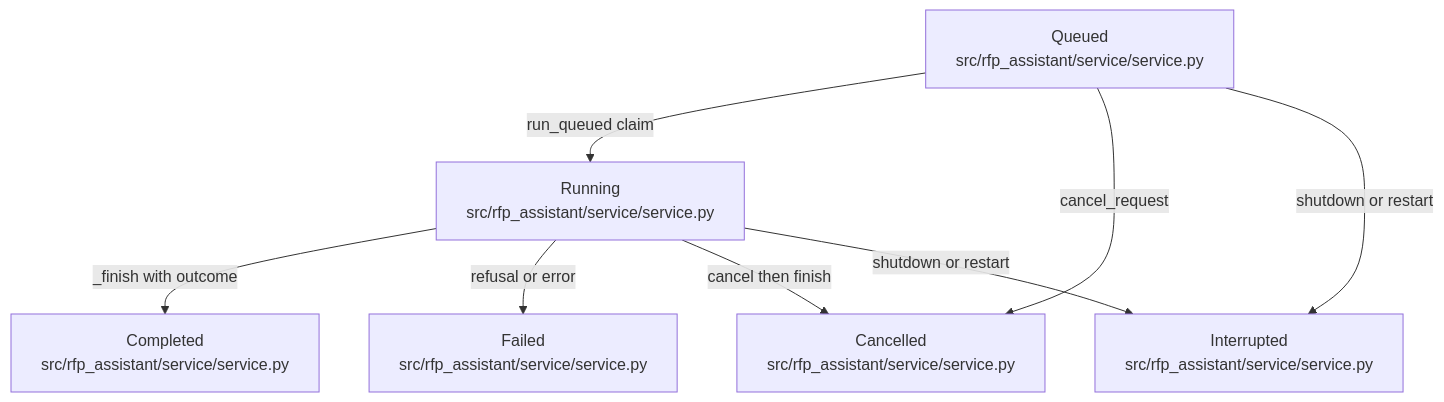
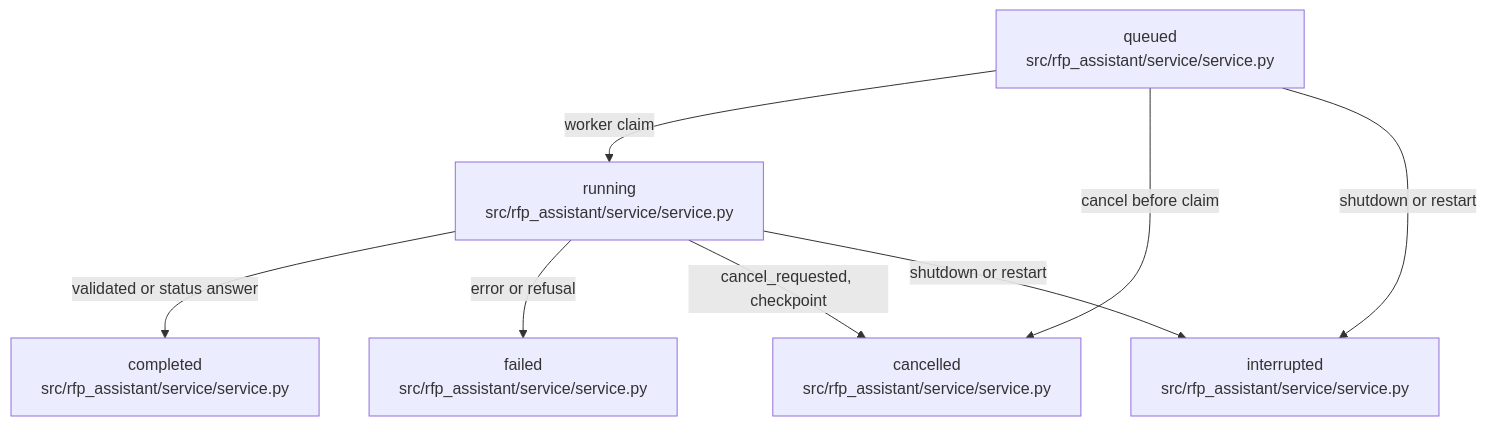
The diagram in .omm/state-transitions/request-status/diagram.mmd (littleeeeebit/project-codeit-mid), drawn with Mermaid before and after one commit. The commit also changed 404 other files, not shown here.

```diff
--- a/.omm/state-transitions/request-status/diagram.mmd
+++ b/.omm/state-transitions/request-status/diagram.mmd
@@ -1,14 +1,8 @@
 graph TD
-  queued["Queued\nsrc/rfp_assistant/service/service.py"]
-  running["Running\nsrc/rfp_assistant/service/service.py"]
-  completed["Completed\nsrc/rfp_assistant/service/service.py"]
-  failed["Failed\nsrc/rfp_assistant/service/service.py"]
-  cancelled["Cancelled\nsrc/rfp_assistant/service/service.py"]
-  interrupted["Interrupted\nsrc/rfp_assistant/service/service.py"]
-  queued -->|run_queued claim| running
-  queued -->|cancel_request| cancelled
-  queued -->|shutdown or restart| interrupted
-  running -->|_finish with outcome| completed
-  running -->|refusal or error| failed
-  running -->|cancel then finish| cancelled
-  running -->|shutdown or restart| interrupted
+  queued["queued\nsrc/rfp_assistant/service/service.py"] -->|"worker claim"| running["running\nsrc/rfp_assistant/service/service.py"]
+  queued -->|"cancel before claim"| cancelled["cancelled\nsrc/rfp_assistant/service/service.py"]
+  running -->|"validated or status answer"| completed["completed\nsrc/rfp_assistant/service/service.py"]
+  running -->|"error or refusal"| failed["failed\nsrc/rfp_assistant/service/service.py"]
+  running -->|"cancel_requested, checkpoint"| cancelled
+  queued -->|"shutdown or restart"| interrupted["interrupted\nsrc/rfp_assistant/service/service.py"]
+  running -->|"shutdown or restart"| interrupted
```
